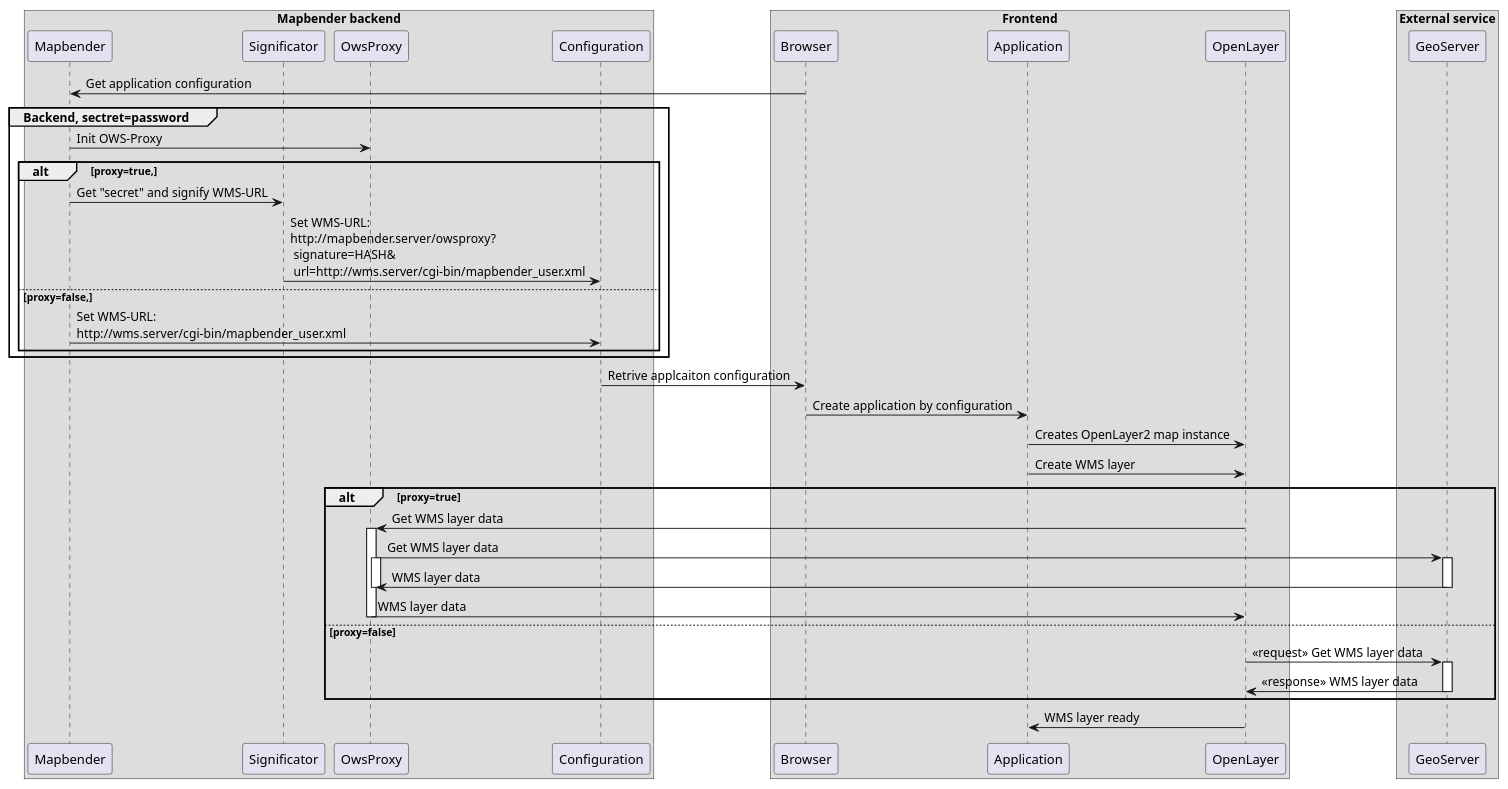
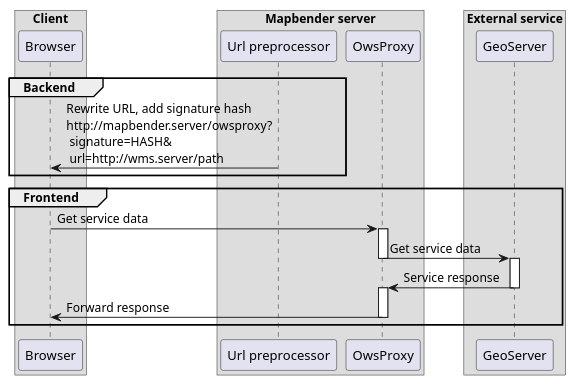
One commit to mapbender/owsproxy3 changed the diagram in src/OwsProxy3/CoreBundle/Documentation/communication.puml. Above: the diagram before and after it, drawn with PlantUML.

Commit message:
Reduce diagram

```diff
--- a/src/OwsProxy3/CoreBundle/Documentation/communication.puml
+++ b/src/OwsProxy3/CoreBundle/Documentation/communication.puml
@@ -1,59 +1,34 @@
 @startuml
 
 
-box "Mapbender backend"
-	participant Mapbender
-	participant Significator
-	participant OwsProxy
-	participant Configuration
+box "Client"
+	participant Browser
 end box
 
-box "Frontend"
-	participant Browser
-	participant Application
-	participant OpenLayer
+box "Mapbender server"
+	participant "Url preprocessor"
+	participant OwsProxy
 end box
 
 box "External service"
 	participant GeoServer
 end box
-  Browser -> Mapbender: Get application configuration
 
-group Backend, sectret=password
-  Mapbender -> OwsProxy: Init OWS-Proxy
-  alt proxy=true,
-    Mapbender -> Significator: Get "secret" and signify WMS-URL
-    Significator -> Configuration: Set WMS-URL:\nhttp://mapbender.server/owsproxy?\n signature=HASH&\n url=http://wms.server/cgi-bin/mapbender_user.xml
-  else proxy=false,
-    Mapbender -> Configuration: Set WMS-URL:\nhttp://wms.server/cgi-bin/mapbender_user.xml
-  end
+group Backend
+    "Url preprocessor" -> Browser: Rewrite URL, add signature hash\nhttp://mapbender.server/owsproxy?\n signature=HASH&\n url=http://wms.server/path
 end
-Configuration -> Browser: Retrive applcaiton configuration
 
-Browser -> Application: Create application by configuration
-Application -> OpenLayer:  Creates OpenLayer2 map instance
-Application -> OpenLayer: Create WMS layer
-
-alt proxy=true
-
-  OpenLayer -> OwsProxy: Get WMS layer data
+group Frontend
+  Browser -> OwsProxy: Get service data
   activate OwsProxy
-    OwsProxy -> GeoServer: Get WMS layer data
-    activate OwsProxy
-      activate GeoServer
-        GeoServer -> OwsProxy: WMS layer data
-      deactivate GeoServer
-    deactivate OwsProxy
-    OwsProxy -> OpenLayer: WMS layer data
+  OwsProxy -> GeoServer: Get service data
   deactivate OwsProxy
-
-else proxy=false
-  OpenLayer -> GeoServer: <<request>> Get WMS layer data
   activate GeoServer
-    GeoServer -> OpenLayer: <<response>> WMS layer data
+  GeoServer -> OwsProxy: Service response
   deactivate GeoServer
+  activate OwsProxy
+  OwsProxy -> Browser: Forward response
+  deactivate OwsProxy
 end
-OpenLayer -> Application:  WMS layer ready
-
 
 @enduml
```
